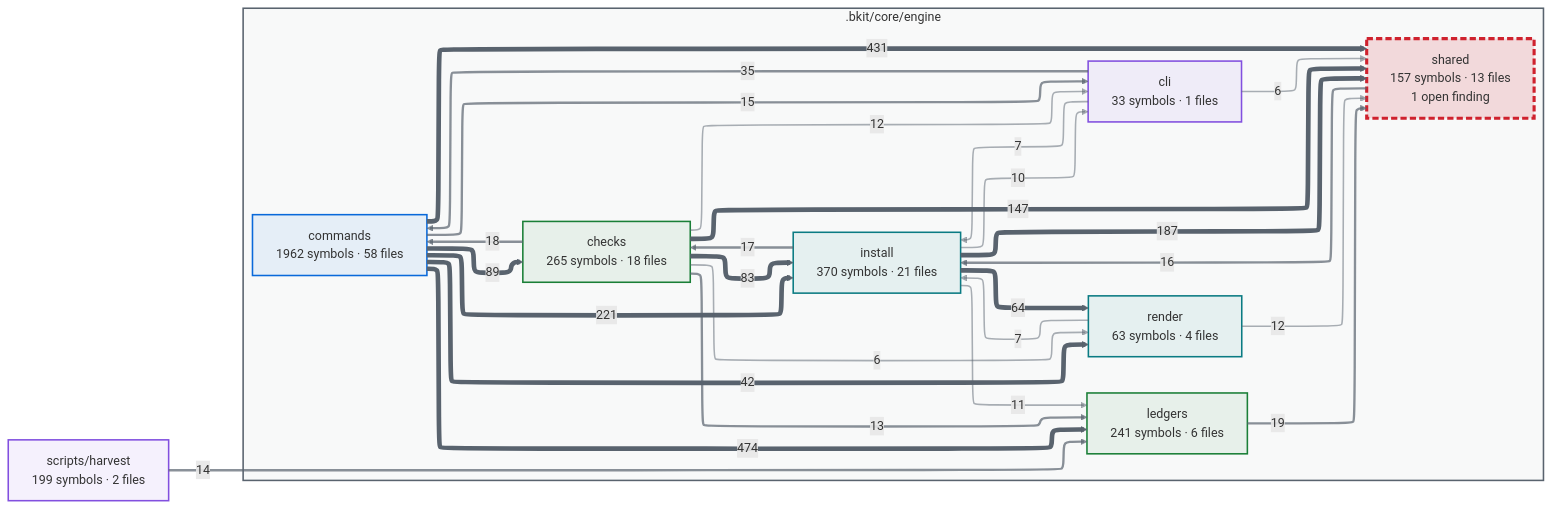
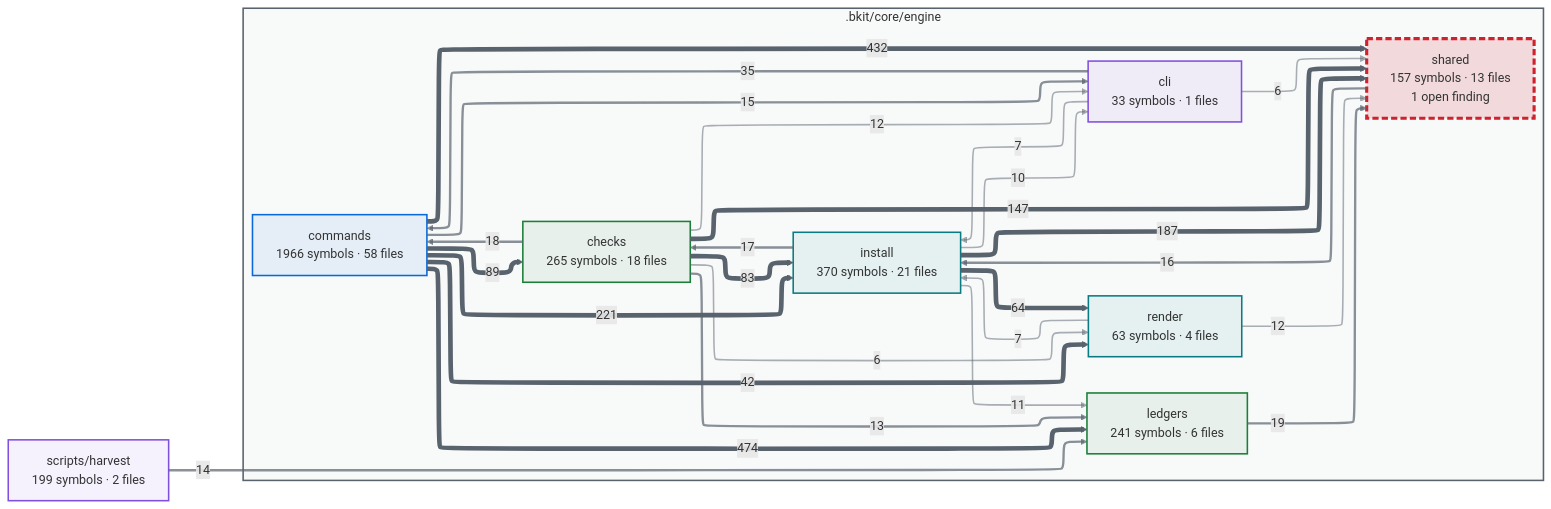
Before and after one commit to cbartens/bkit: the first of 2 diagrams in docs/capabilities.md, drawn with Mermaid. The commit also changed other lines of this file and 66 other files, not shown here.

````diff
--- a/docs/capabilities.md
+++ b/docs/capabilities.md
@@ -116,80 +116,80 @@
 ```mermaid
 ---
 config:
   layout: elk
   themeCSS: "marker { overflow: visible; } marker path { transform: scale(1.8); transform-origin: 5px 5px; }"
   flowchart:
     useMaxWidth: false
 ---
 flowchart LR
   %% Generated by bkit-graphify-rollup.py — do not edit
   subgraph gn_bkit_core_engine[".bkit/core/engine"]
     n_bkit_core_engine_checks["checks<br/>265 symbols · 18 files"]
     n_bkit_core_engine_cli["cli<br/>33 symbols · 1 files"]
-    n_bkit_core_engine_commands["commands<br/>1962 symbols · 58 files"]
+    n_bkit_core_engine_commands["commands<br/>1966 symbols · 58 files"]
     n_bkit_core_engine_install["install<br/>370 symbols · 21 files"]
     n_bkit_core_engine_ledgers["ledgers<br/>241 symbols · 6 files"]
     n_bkit_core_engine_render["render<br/>63 symbols · 4 files"]
     n_bkit_core_engine_shared["shared<br/>157 symbols · 13 files<br/>1 open finding"]
   end
   nscripts_harvest["scripts/harvest<br/>199 symbols · 2 files"]
   n_bkit_core_engine_commands -->|474| n_bkit_core_engine_ledgers
-  n_bkit_core_engine_commands -->|431| n_bkit_core_engine_shared
+  n_bkit_core_engine_commands -->|432| n_bkit_core_engine_shared
   n_bkit_core_engine_commands -->|221| n_bkit_core_engine_install
   n_bkit_core_engine_install -->|187| n_bkit_core_engine_shared
   n_bkit_core_engine_checks -->|147| n_bkit_core_engine_shared
   n_bkit_core_engine_commands -->|89| n_bkit_core_engine_checks
   n_bkit_core_engine_checks -->|83| n_bkit_core_engine_install
   n_bkit_core_engine_install -->|64| n_bkit_core_engine_render
   n_bkit_core_engine_commands -->|42| n_bkit_core_engine_render
   n_bkit_core_engine_cli -->|35| n_bkit_core_engine_commands
   n_bkit_core_engine_ledgers -->|19| n_bkit_core_engine_shared
   n_bkit_core_engine_checks -->|18| n_bkit_core_engine_commands
   n_bkit_core_engine_install -->|17| n_bkit_core_engine_checks
   n_bkit_core_engine_shared -->|16| n_bkit_core_engine_install
   n_bkit_core_engine_commands -->|15| n_bkit_core_engine_cli
   nscripts_harvest -->|14| n_bkit_core_engine_ledgers
   n_bkit_core_engine_checks -->|13| n_bkit_core_engine_ledgers
   n_bkit_core_engine_checks -->|12| n_bkit_core_engine_cli
   n_bkit_core_engine_render -->|12| n_bkit_core_engine_shared
   n_bkit_core_engine_install -->|11| n_bkit_core_engine_ledgers
   n_bkit_core_engine_install -->|10| n_bkit_core_engine_cli
   n_bkit_core_engine_cli -->|7| n_bkit_core_engine_install
   n_bkit_core_engine_render -->|7| n_bkit_core_engine_install
   n_bkit_core_engine_checks -->|6| n_bkit_core_engine_render
   n_bkit_core_engine_cli -->|6| n_bkit_core_engine_shared
   style gn_bkit_core_engine fill:#59636e0a,stroke:#59636e,stroke-width:2px
   style n_bkit_core_engine_checks stroke:#1a7f37,stroke-width:2px,fill:#1a7f3714
   style n_bkit_core_engine_cli stroke:#8250df,stroke-width:2px,fill:#8250df14
   style n_bkit_core_engine_commands stroke:#0969da,stroke-width:2px,fill:#0969da14
   style n_bkit_core_engine_install stroke:#0a7b83,stroke-width:2px,fill:#0a7b8314
   style n_bkit_core_engine_ledgers stroke:#1a7f37,stroke-width:2px,fill:#1a7f3714
   style n_bkit_core_engine_render stroke:#0a7b83,stroke-width:2px,fill:#0a7b8314
   style n_bkit_core_engine_shared stroke:#cf222e,stroke-width:4px,stroke-dasharray:8 4,fill:#cf222e26
   style nscripts_harvest stroke:#8250df,stroke-width:2px,fill:#8250df14
   linkStyle 0 stroke:#59636e,stroke-width:6px
   linkStyle 1 stroke:#59636e,stroke-width:6px
   linkStyle 2 stroke:#59636e,stroke-width:6px
   linkStyle 3 stroke:#59636e,stroke-width:6px
   linkStyle 4 stroke:#59636e,stroke-width:6px
   linkStyle 5 stroke:#59636e,stroke-width:6px
   linkStyle 6 stroke:#59636e,stroke-width:6px
   linkStyle 7 stroke:#59636e,stroke-width:6px
   linkStyle 8 stroke:#59636e,stroke-width:6px
   linkStyle 9 stroke:#59636eb3,stroke-width:3px
   linkStyle 10 stroke:#59636eb3,stroke-width:3px
   linkStyle 11 stroke:#59636eb3,stroke-width:3px
   linkStyle 12 stroke:#59636eb3,stroke-width:3px
   linkStyle 13 stroke:#59636eb3,stroke-width:3px
   linkStyle 14 stroke:#59636eb3,stroke-width:3px
   linkStyle 15 stroke:#59636eb3,stroke-width:3px
   linkStyle 16 stroke:#59636eb3,stroke-width:3px
   linkStyle 17 stroke:#59636e80,stroke-width:2px
   linkStyle 18 stroke:#59636e80,stroke-width:2px
   linkStyle 19 stroke:#59636e80,stroke-width:2px
   linkStyle 20 stroke:#59636e80,stroke-width:2px
   linkStyle 21 stroke:#59636e80,stroke-width:2px
   linkStyle 22 stroke:#59636e80,stroke-width:2px
   linkStyle 23 stroke:#59636e80,stroke-width:2px
   linkStyle 24 stroke:#59636e80,stroke-width:2px
 ```
````
